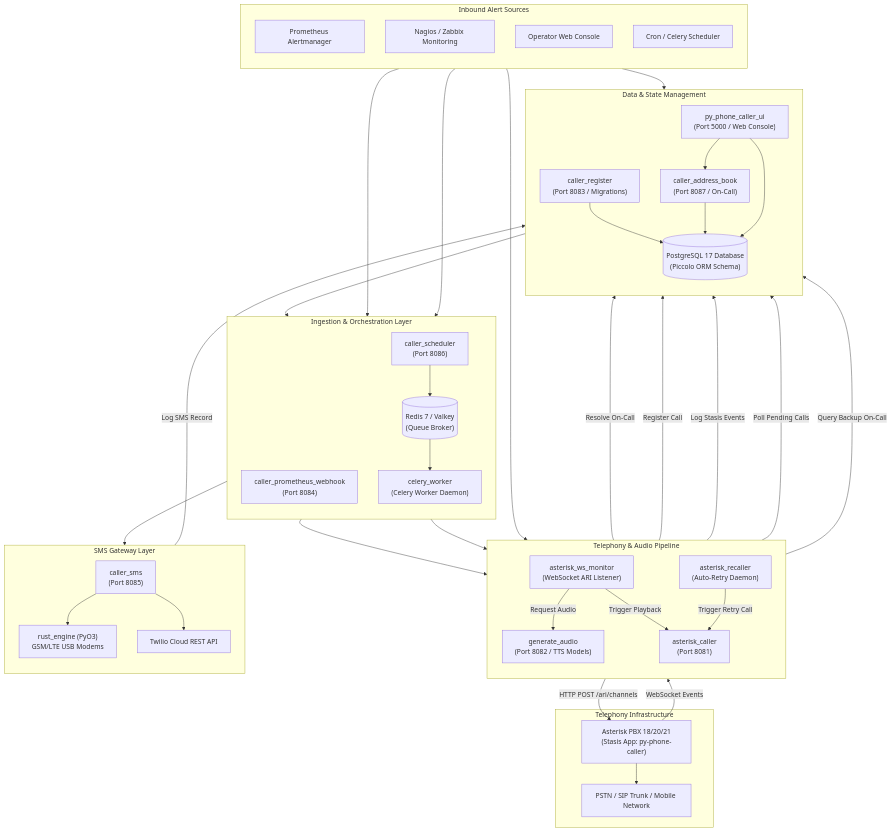
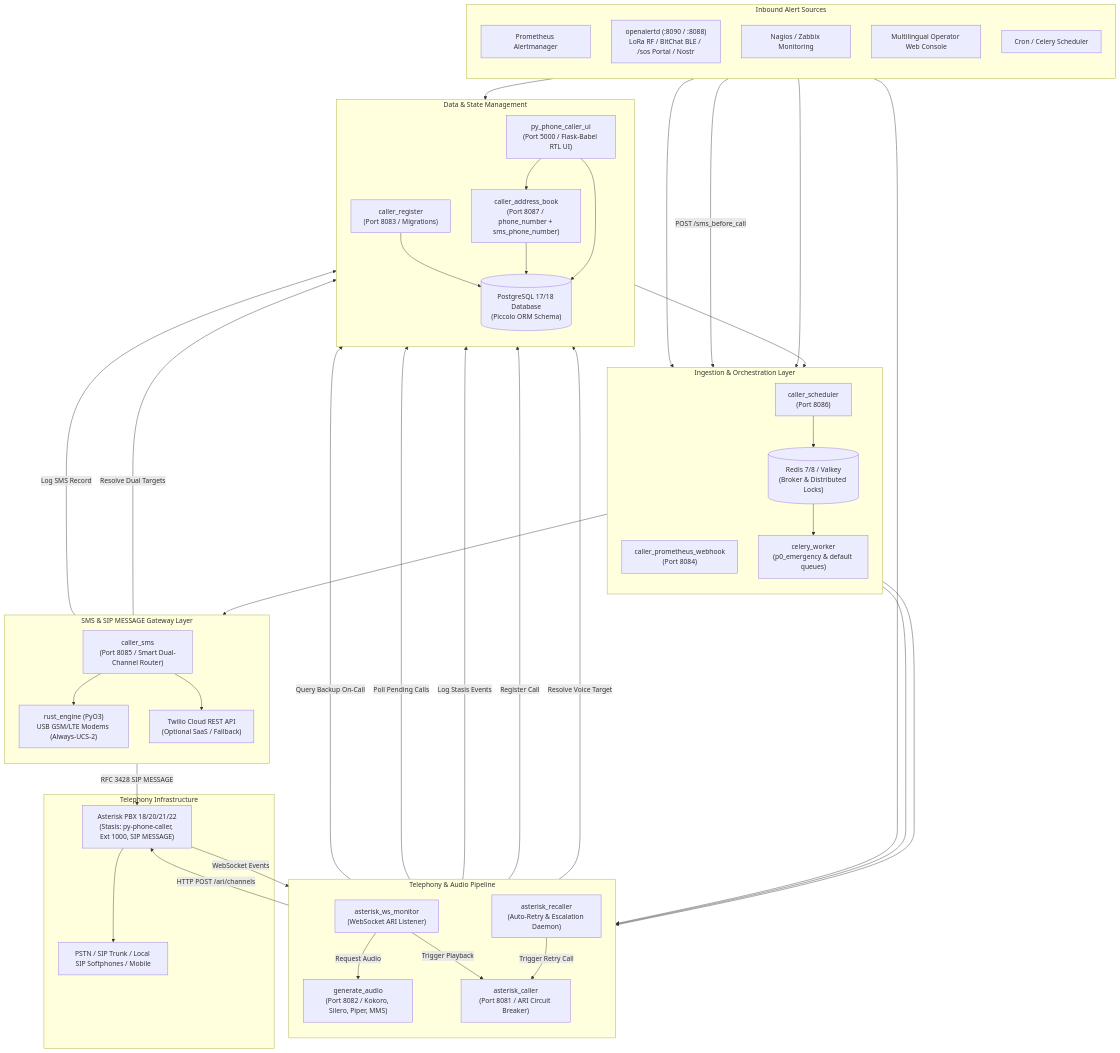
Before and after one commit to jcfdeb/py-phone-caller: the first of 10 diagrams in docs/architecture-and-call-flows.md, drawn with Mermaid. The commit also changed other lines of this file and 29 other files, not shown here.

First line of the commit message:
update: archive 1.0.0 release plan, expand end-to-end validation with health probes and OpenAPI portal

```diff
--- a/docs/architecture-and-call-flows.md
+++ b/docs/architecture-and-call-flows.md
@@ -29,8 +29,9 @@
     subgraph InboundAlerts[" Inbound Alert Sources "]
         direction TB
         AM["Prometheus Alertmanager"]
+        OA["openalertd (:8090 / :8088)<br/>LoRa RF / BitChat BLE / /sos Portal / Nostr"]
         NAG["Nagios / Zabbix Monitoring"]
-        UI_TRIG["Operator Web Console"]
+        UI_TRIG["Multilingual Operator Web Console"]
         CRON["Cron / Celery Scheduler"]
     end
 
@@ -38,40 +39,41 @@
         direction TB
         CPW["caller_prometheus_webhook<br/>(Port 8084)"]
         CS["caller_scheduler<br/>(Port 8086)"]
-        CW["celery_worker<br/>(Celery Worker Daemon)"]
-        RQ[("Redis 7 / Valkey<br/>(Queue Broker)")]
+        CW["celery_worker<br/>(p0_emergency & default queues)"]
+        RQ[("Redis 7/8 / Valkey<br/>(Broker & Distributed Locks)")]
     end
 
     subgraph TelephonyLayer[" Telephony & Audio Pipeline "]
         direction TB
-        AC["asterisk_caller<br/>(Port 8081)"]
+        AC["asterisk_caller<br/>(Port 8081 / ARI Circuit Breaker)"]
         WSM["asterisk_ws_monitor<br/>(WebSocket ARI Listener)"]
-        GA["generate_audio<br/>(Port 8082 / TTS Models)"]
-        AR["asterisk_recaller<br/>(Auto-Retry Daemon)"]
+        GA["generate_audio<br/>(Port 8082 / Kokoro, Silero, Piper, MMS)"]
+        AR["asterisk_recaller<br/>(Auto-Retry & Escalation Daemon)"]
     end
 
-    subgraph SMSLayer[" SMS Gateway Layer "]
+    subgraph SMSLayer[" SMS & SIP MESSAGE Gateway Layer "]
         direction TB
-        SMS["caller_sms<br/>(Port 8085)"]
-        RUST_ENG["rust_engine (PyO3)<br/>GSM/LTE USB Modems"]
-        TWILIO_API["Twilio Cloud REST API"]
+        SMS["caller_sms<br/>(Port 8085 / Smart Dual-Channel Router)"]
+        RUST_ENG["rust_engine (PyO3)<br/>USB GSM/LTE Modems (Always-UCS-2)"]
+        TWILIO_API["Twilio Cloud REST API<br/>(Optional SaaS / Fallback)"]
     end
 
     subgraph DomainDataLayer[" Data & State Management "]
         direction TB
         CR["caller_register<br/>(Port 8083 / Migrations)"]
-        CAB["caller_address_book<br/>(Port 8087 / On-Call)"]
-        UI["py_phone_caller_ui<br/>(Port 5000 / Web Console)"]
-        PG[("PostgreSQL 17 Database<br/>(Piccolo ORM Schema)")]
+        CAB["caller_address_book<br/>(Port 8087 / phone_number + sms_phone_number)"]
+        UI["py_phone_caller_ui<br/>(Port 5000 / Flask-Babel RTL UI)"]
+        PG[("PostgreSQL 17/18 Database<br/>(Piccolo ORM Schema)")]
     end
 
     subgraph ExternalTelephony[" Telephony Infrastructure "]
-        AST["Asterisk PBX 18/20/21<br/>(Stasis App: py-phone-caller)"]
-        PSTN["PSTN / SIP Trunk / Mobile Network"]
+        AST["Asterisk PBX 18/20/21/22<br/>(Stasis: py-phone-caller, Ext 1000, SIP MESSAGE)"]
+        PSTN["PSTN / SIP Trunk / Local SIP Softphones / Mobile"]
     end
 
     %% Inbound triggers
     AM --> CPW
+    OA -->|"POST /sms_before_call"| CPW
     NAG --> AC
     UI_TRIG --> UI
     UI --> CS
@@ -87,7 +89,7 @@
 
     %% Call flow
     AC -->|"HTTP POST /ari/channels"| AST
-    AC -->|"Resolve On-Call"| CAB
+    AC -->|"Resolve Voice Target"| CAB
     AC -->|"Register Call"| CR
     AST --> PSTN
     AST -->|"WebSocket Events"| WSM
@@ -100,8 +102,10 @@
     AR -->|"Trigger Retry Call"| AC
     AR -->|"Query Backup On-Call"| CAB
 
-    %% SMS flow
+    %% SMS & SIP MESSAGE flow
+    SMS -->|"Resolve Dual Targets"| CAB
     SMS --> RUST_ENG
+    SMS -->|"RFC 3428 SIP MESSAGE"| AST
     SMS --> TWILIO_API
     SMS -->|"Log SMS Record"| PG
 
```
